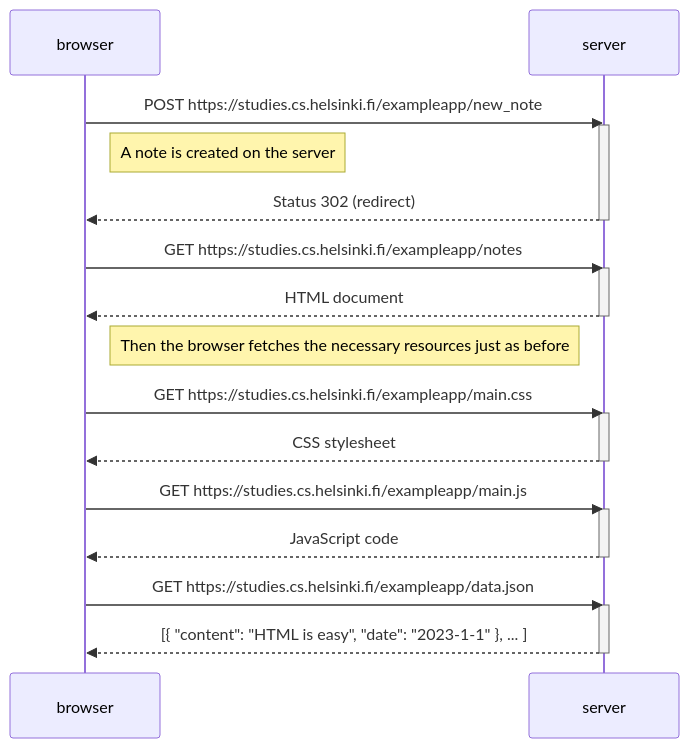
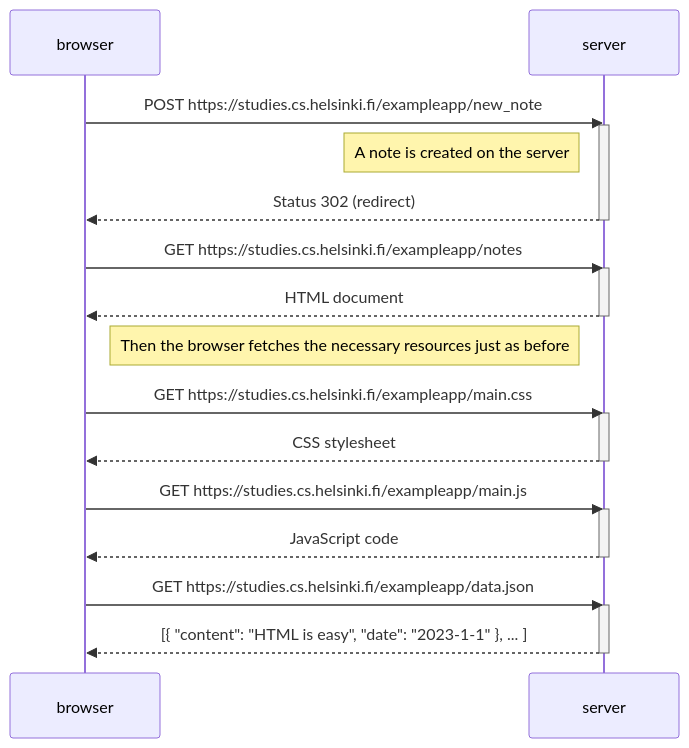
Before and after one commit to TatuLaras/fullstackopen: the diagram in osa0/0_4.md, drawn with Mermaid.

````diff
--- a/osa0/0_4.md
+++ b/osa0/0_4.md
@@ -1,35 +1,35 @@
 ```mermaid
 sequenceDiagram
     participant browser
     participant server
     
     browser->>server: POST https://studies.cs.helsinki.fi/exampleapp/new_note
     activate server
-    Note right of browser: A note is created on the server
+    Note left of server: A note is created on the server
     server-->>browser: Status 302 (redirect)
     deactivate server
     
 
     browser->>server: GET https://studies.cs.helsinki.fi/exampleapp/notes
     activate server
     server-->>browser: HTML document
     deactivate server
 
     Note right of browser: Then the browser fetches the necessary resources just as before
 
     browser->>server: GET https://studies.cs.helsinki.fi/exampleapp/main.css
     activate server
     server-->>browser: CSS stylesheet
     deactivate server
     
     browser->>server: GET https://studies.cs.helsinki.fi/exampleapp/main.js
     activate server
     server-->>browser: JavaScript code
     deactivate server
     
     browser->>server: GET https://studies.cs.helsinki.fi/exampleapp/data.json
     activate server
     server-->>browser: [{ "content": "HTML is easy", "date": "2023-1-1" }, ... ]
     deactivate server    
 
 ```
````
